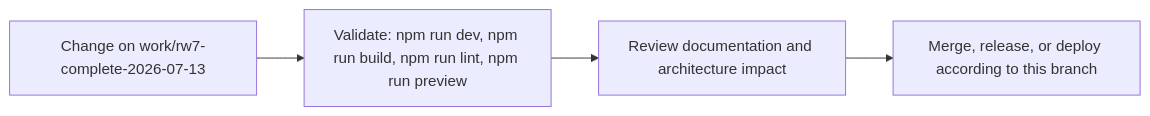
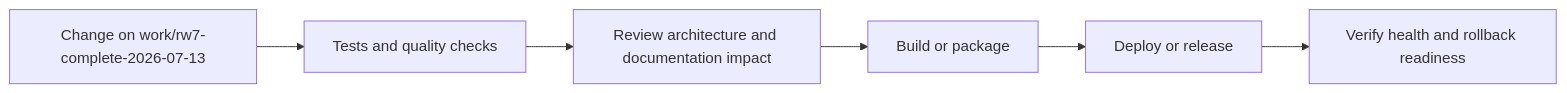
The fourth of 5 diagrams in README.md (Nischhalsubba/Reeja-Maharjan-Website-2026), drawn with Mermaid before and after one commit. The commit also changed other lines of this file, not shown here.

````diff
--- a/README.md
+++ b/README.md
@@ -80,8 +164,8 @@
 ```mermaid
 flowchart LR
-    CHANGE["Change on work/rw7-complete-2026-07-13"]
-    CHECK["Validate: npm run dev, npm run build, npm run lint, npm run preview"]
-    REVIEW["Review documentation and architecture impact"]
-    RELEASE["Merge, release, or deploy according to this branch"]
-    CHANGE --> CHECK --> REVIEW --> RELEASE
+    CHANGE["Change on work/rw7-complete-2026-07-13"] --> CHECK["Tests and quality checks"]
+    CHECK --> REVIEW["Review architecture and documentation impact"]
+    REVIEW --> BUILD["Build or package"]
+    BUILD --> DEPLOY["Deploy or release"]
+    DEPLOY --> VERIFY["Verify health and rollback readiness"]
 ```
````
